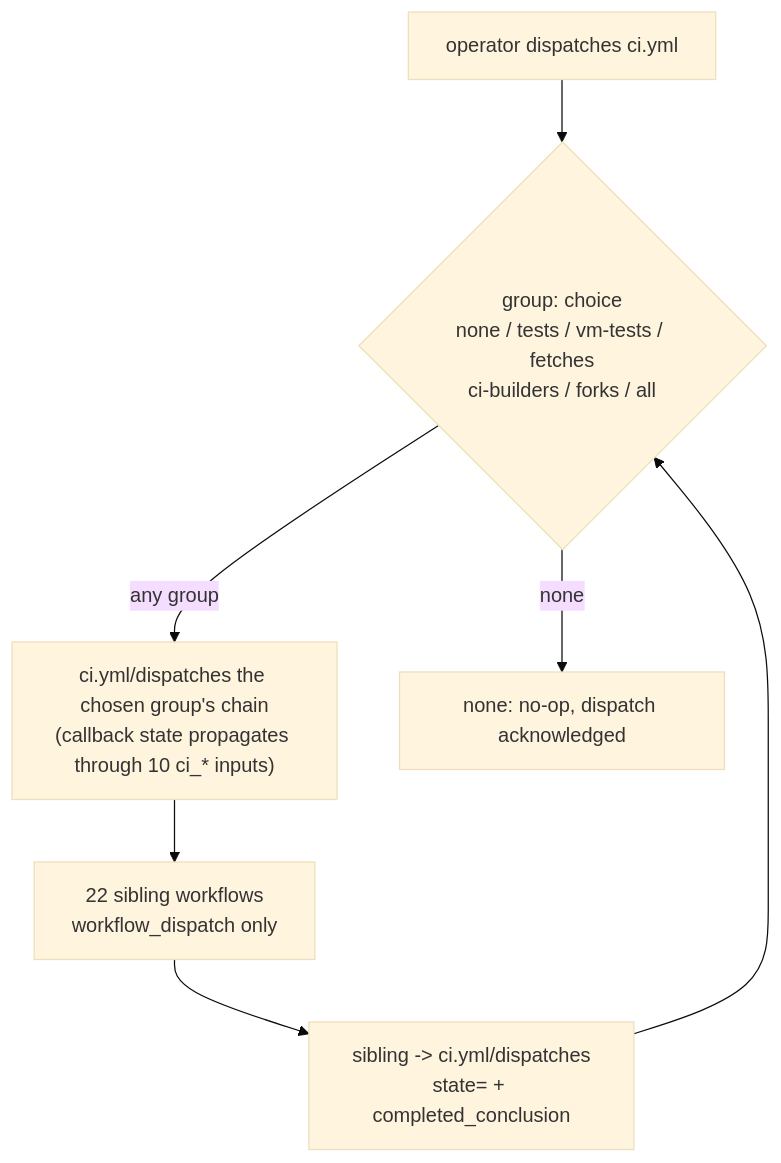
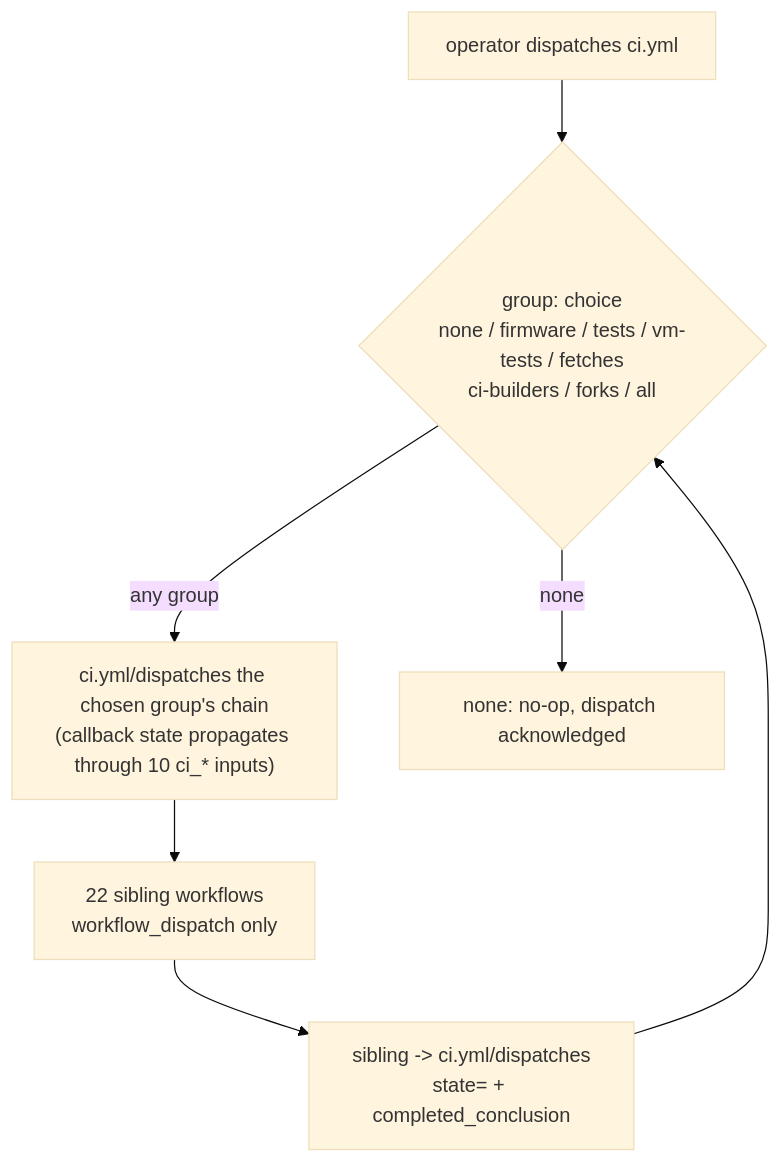
One commit to corning-croak-cable/yubiOS changed the sixth of 8 diagrams in docs/CI_MAP.md. Above: the diagram before and after it, drawn with Mermaid (base theme). The commit also changed other lines of this file and 1 other file, not shown here.

First line of the commit message:
ci: drop legacy pass-through inputs + add firmware-only group

````diff
--- a/docs/CI_MAP.md
+++ b/docs/CI_MAP.md
@@ -221,13 +223,13 @@
 ```mermaid
 flowchart TD
     manual["operator dispatches ci.yml"]
-    pick{"group: choice\nnone / tests / vm-tests / fetches\nci-builders / forks / all"}
+    pick{"group: choice\nnone / firmware / tests / vm-tests / fetches\nci-builders / forks / all"}
     dispatch["ci.yml/dispatches the chosen group's chain\n(callback state propagates through 10 ci_* inputs)"]
     sibling["22 sibling workflows\nworkflow_dispatch only"]
     callback["sibling -> ci.yml/dispatches\nstate=<display name> + completed_conclusion"]
     none_path["none: no-op, dispatch acknowledged"]
 
     manual --> pick
     pick -- "none" --> none_path
     pick -- "any group" --> dispatch --> sibling --> callback --> pick
 ```
````
